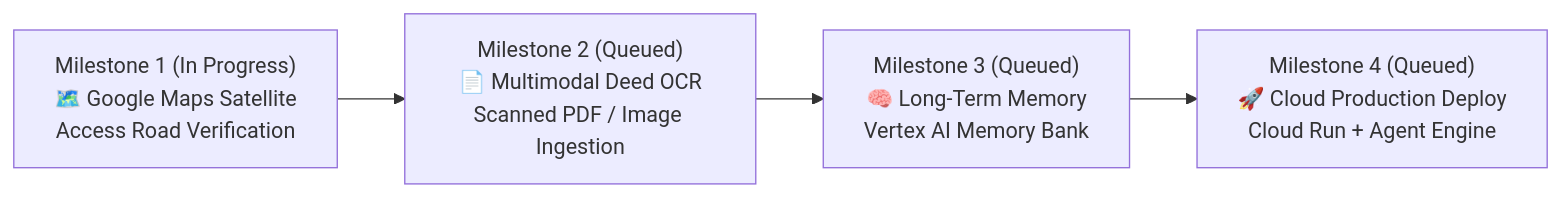
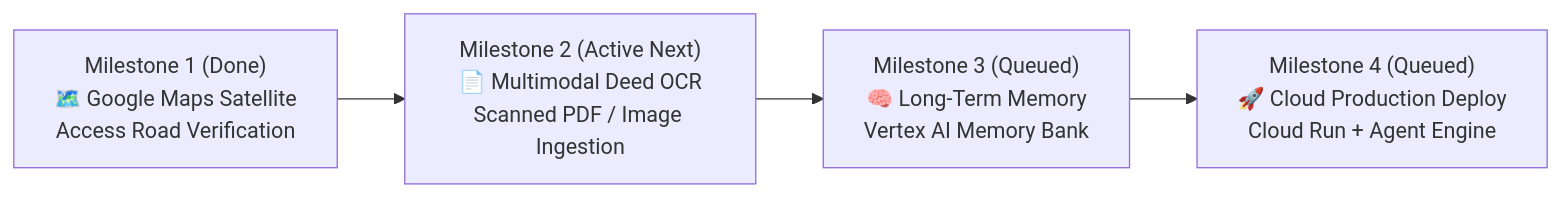
Before and after one commit to jayvn/build-with-gemini: the second of 2 diagrams in kandezhuthu/plan.md, drawn with Mermaid. The commit also changed other lines of this file, not shown here.

Commit message:
docs(plan): mark Google Maps UI complete and promote Multimodal Deed OCR to active focus

````diff
--- a/kandezhuthu/plan.md
+++ b/kandezhuthu/plan.md
@@ -135,9 +135,9 @@
 ```mermaid
 flowchart LR
-    M1["Milestone 1 (In Progress)<br/>🗺️ Google Maps Satellite<br/>Access Road Verification"]
-    M2["Milestone 2 (Queued)<br/>📄 Multimodal Deed OCR<br/>Scanned PDF / Image Ingestion"]
+    M1["Milestone 1 (Done)<br/>🗺️ Google Maps Satellite<br/>Access Road Verification"]
+    M2["Milestone 2 (Active Next)<br/>📄 Multimodal Deed OCR<br/>Scanned PDF / Image Ingestion"]
     M3["Milestone 3 (Queued)<br/>🧠 Long-Term Memory<br/>Vertex AI Memory Bank"]
     M4["Milestone 4 (Queued)<br/>🚀 Cloud Production Deploy<br/>Cloud Run + Agent Engine"]
 
     M1 --> M2 --> M3 --> M4
 ```
````
